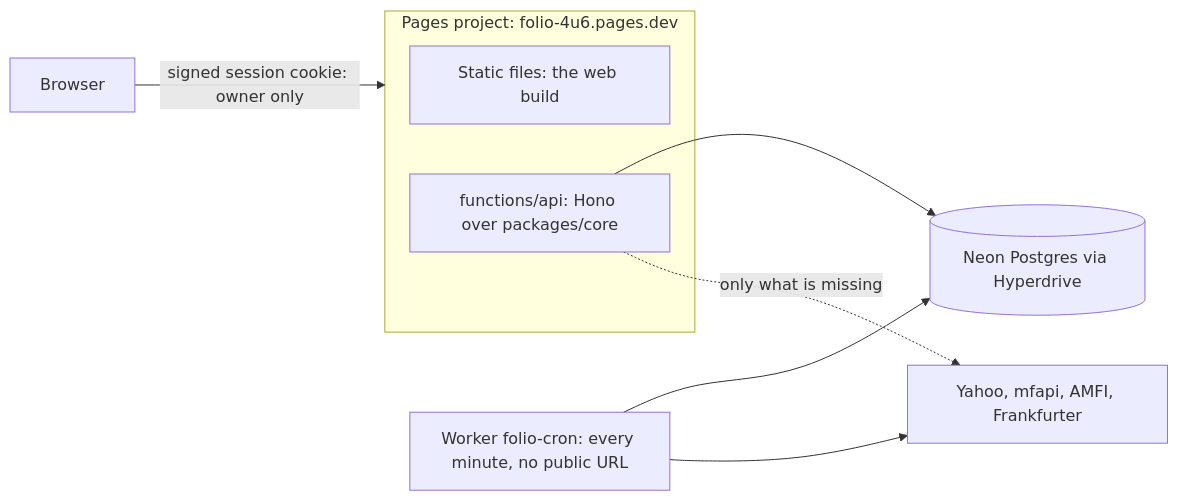
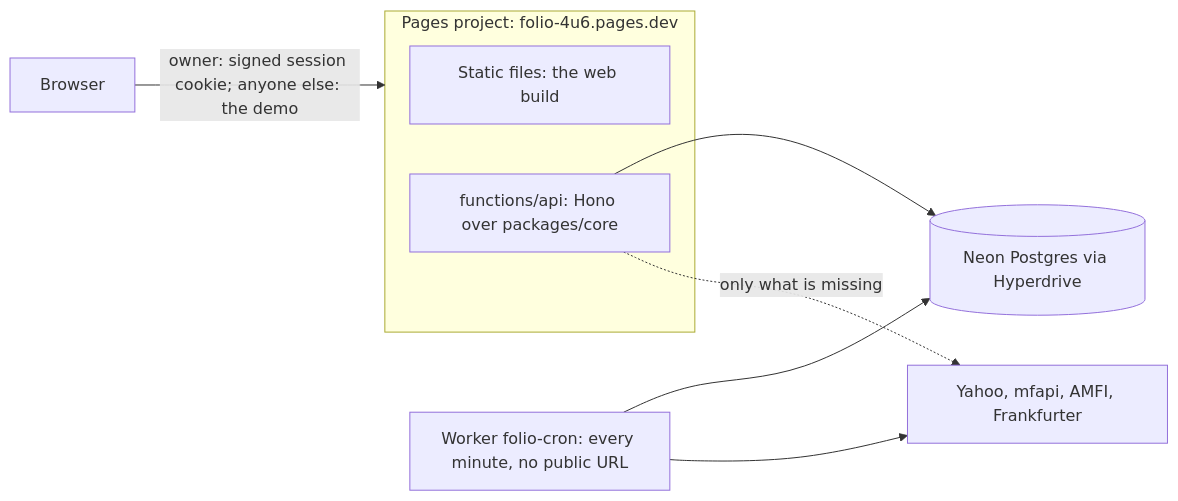
The third of 4 diagrams in docs/ARCHITECTURE.md (abhishek-pandey7/Folio-Wealth-Tracker), drawn with Mermaid before and after one commit. The commit also changed other lines of this file and 11 other files, not shown here.

````diff
--- a/docs/ARCHITECTURE.md
+++ b/docs/ARCHITECTURE.md
@@ -336,13 +336,13 @@
 ```mermaid
 flowchart LR
-    B[Browser] -->|signed session cookie: owner only| W
+    B[Browser] -->|owner: signed session cookie; anyone else: the demo| W
     subgraph W[Pages project: folio-4u6.pages.dev]
       A[Static files: the web build]
       H[functions/api: Hono over packages/core]
     end
     C[Worker folio-cron: every minute, no public URL]
     H --> P[(Neon Postgres via Hyperdrive)]
     C --> P
     C --> Y[Yahoo, mfapi, AMFI, Frankfurter]
     H -. only what is missing .-> Y
 ```
````
